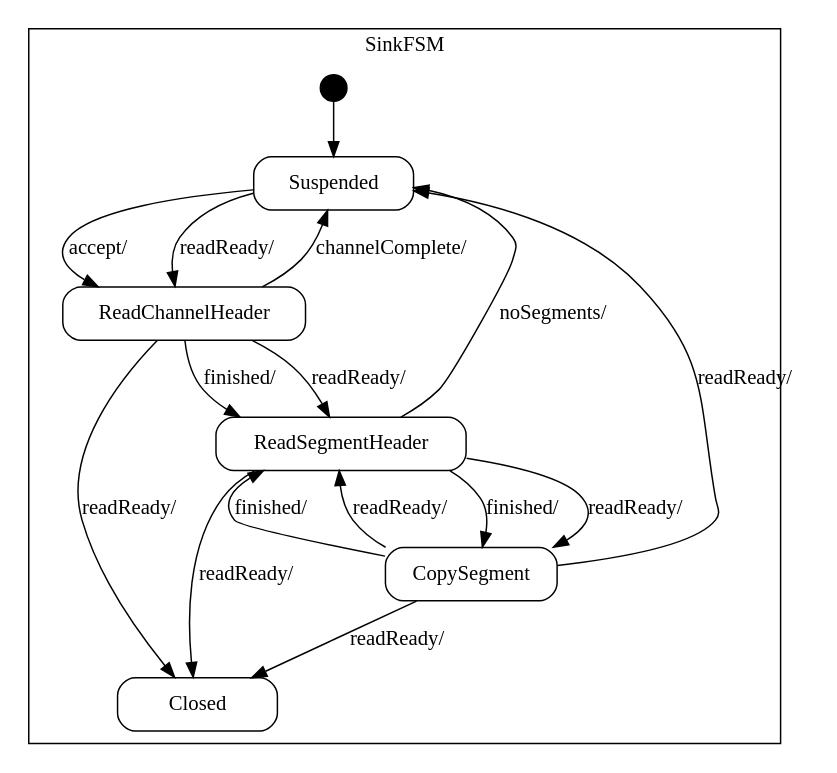
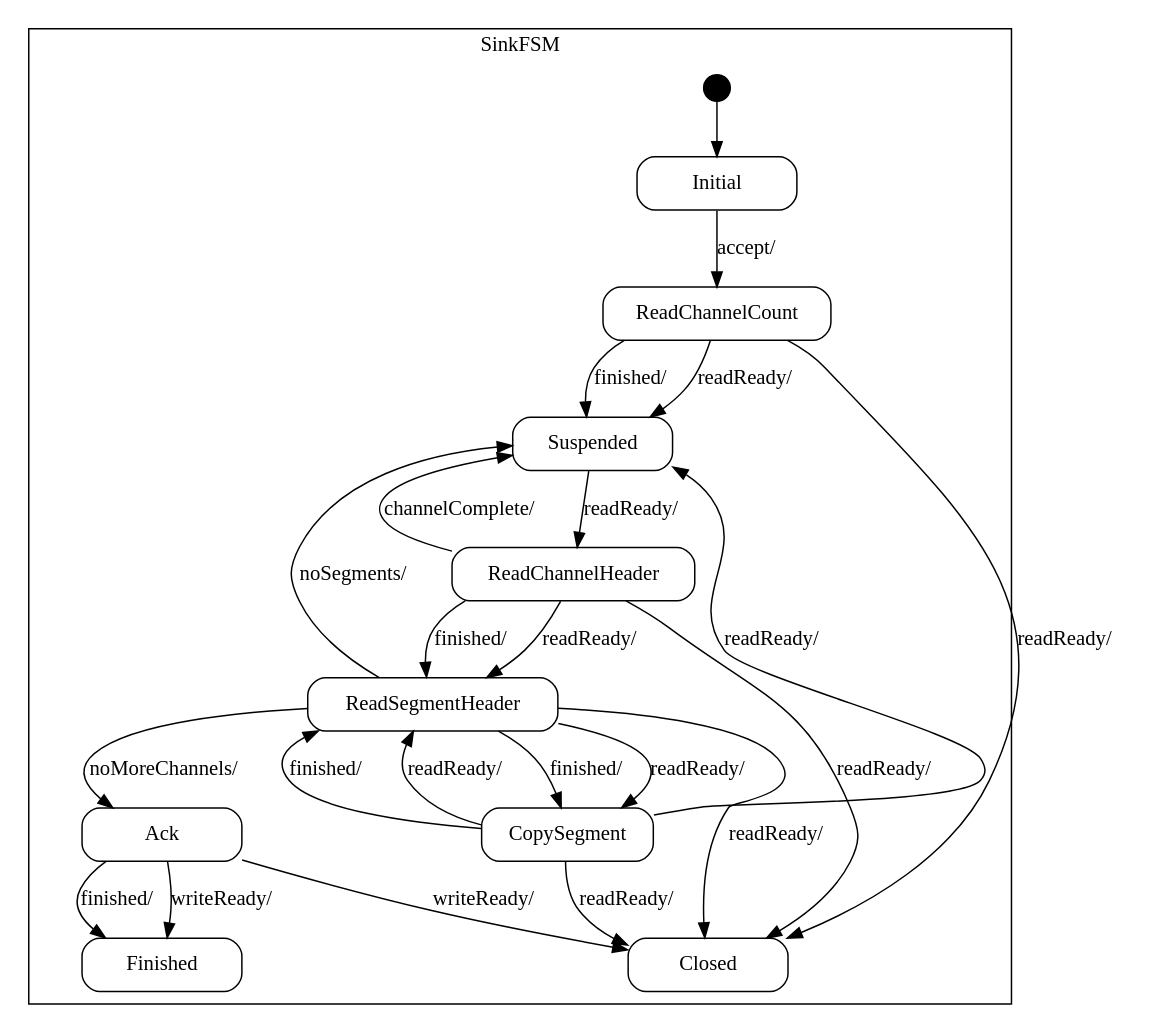
Before and after one commit to vmehra-sfdc/Ouroboros: the diagram in spindle/doc/Sink_sm.dot, drawn with Graphviz. The commit also changed 10 other files, not shown here.

```diff
--- a/spindle/doc/Sink_sm.dot
+++ b/spindle/doc/Sink_sm.dot
@@ -1,81 +1,114 @@
 digraph Sink {
 
     node
         [shape=Mrecord width=1.5];
 
     subgraph cluster_SinkFSM {
 
         label="SinkFSM";
 
         //
         // States (Nodes)
         //
 
+        "SinkFSM::Initial"
+            [label="{Initial}"];
+
+        "SinkFSM::ReadChannelCount"
+            [label="{ReadChannelCount}"];
+
         "SinkFSM::Suspended"
             [label="{Suspended}"];
 
         "SinkFSM::ReadChannelHeader"
             [label="{ReadChannelHeader}"];
 
         "SinkFSM::ReadSegmentHeader"
             [label="{ReadSegmentHeader}"];
 
         "SinkFSM::CopySegment"
             [label="{CopySegment}"];
 
+        "SinkFSM::Ack"
+            [label="{Ack}"];
+
+        "SinkFSM::Finished"
+            [label="{Finished}"];
+
         "SinkFSM::Closed"
             [label="{Closed}"];
 
         "%start"
             [label="" shape=circle style=filled fillcolor=black width=0.25];
 
         //
         // Transitions (Edges)
         //
 
-        "SinkFSM::Suspended" -> "SinkFSM::ReadChannelHeader"
+        "SinkFSM::Initial" -> "SinkFSM::ReadChannelCount"
             [label="accept/\l"];
+
+        "SinkFSM::ReadChannelCount" -> "SinkFSM::Suspended"
+            [label="finished/\l"];
+
+        "SinkFSM::ReadChannelCount" -> "SinkFSM::Closed"
+            [label="readReady/\l"];
+
+        "SinkFSM::ReadChannelCount" -> "SinkFSM::Suspended"
+            [label="readReady/\l"];
 
         "SinkFSM::Suspended" -> "SinkFSM::ReadChannelHeader"
             [label="readReady/\l"];
 
         "SinkFSM::ReadChannelHeader" -> "SinkFSM::ReadSegmentHeader"
             [label="finished/\l"];
 
         "SinkFSM::ReadChannelHeader" -> "SinkFSM::Suspended"
             [label="channelComplete/\l"];
 
         "SinkFSM::ReadChannelHeader" -> "SinkFSM::Closed"
             [label="readReady/\l"];
 
         "SinkFSM::ReadChannelHeader" -> "SinkFSM::ReadSegmentHeader"
             [label="readReady/\l"];
 
         "SinkFSM::ReadSegmentHeader" -> "SinkFSM::CopySegment"
             [label="finished/\l"];
 
         "SinkFSM::ReadSegmentHeader" -> "SinkFSM::Closed"
             [label="readReady/\l"];
 
         "SinkFSM::ReadSegmentHeader" -> "SinkFSM::CopySegment"
             [label="readReady/\l"];
 
+        "SinkFSM::ReadSegmentHeader" -> "SinkFSM::Ack"
+            [label="noMoreChannels/\l"];
+
         "SinkFSM::ReadSegmentHeader" -> "SinkFSM::Suspended"
             [label="noSegments/\l"];
 
         "SinkFSM::CopySegment" -> "SinkFSM::ReadSegmentHeader"
             [label="finished/\l"];
 
         "SinkFSM::CopySegment" -> "SinkFSM::Suspended"
             [label="readReady/\l"];
 
         "SinkFSM::CopySegment" -> "SinkFSM::Closed"
             [label="readReady/\l"];
 
         "SinkFSM::CopySegment" -> "SinkFSM::ReadSegmentHeader"
             [label="readReady/\l"];
 
-        "%start" -> "SinkFSM::Suspended"
+        "SinkFSM::Ack" -> "SinkFSM::Finished"
+            [label="finished/\l"];
+
+        "SinkFSM::Ack" -> "SinkFSM::Closed"
+            [label="writeReady/\l"];
+
+        "SinkFSM::Ack" -> "SinkFSM::Finished"
+            [label="writeReady/\l"];
+
+        "%start" -> "SinkFSM::Initial"
     }
 
 }
```
